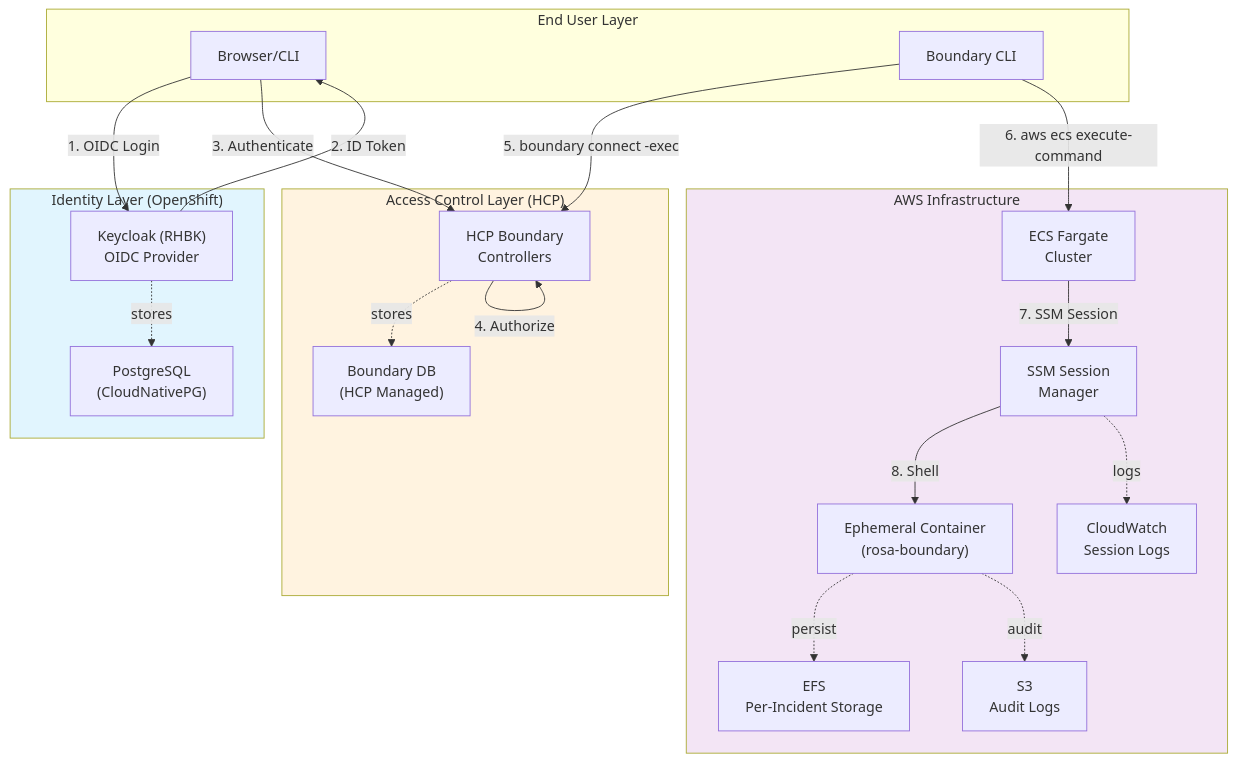
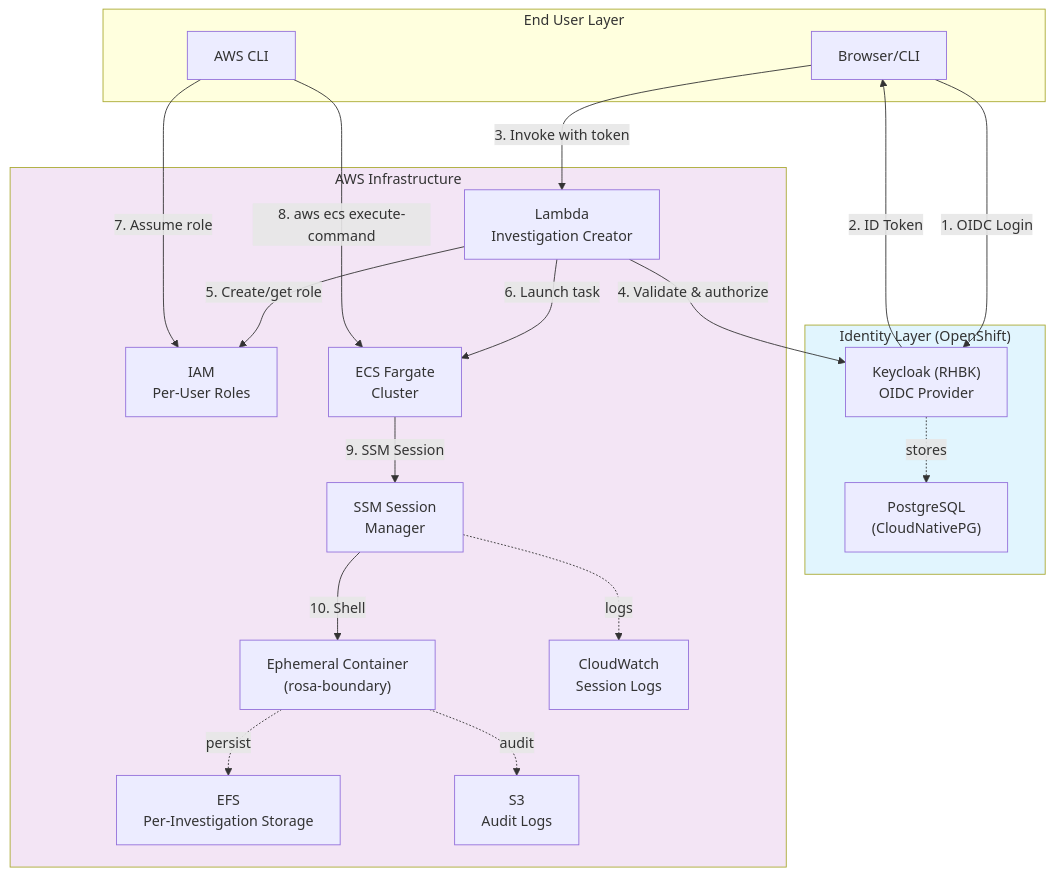
One commit to openshift-online/rosa-boundary changed the first of 6 diagrams in docs/architecture/overview.md. Above: the diagram before and after it, drawn with Mermaid. The commit also changed other lines of this file and 10 other files, not shown here.

First line of the commit message:
Remove HCP Boundary product references

````diff
--- a/docs/architecture/overview.md
+++ b/docs/architecture/overview.md
@@ -9,44 +9,41 @@
 ```mermaid
 flowchart TB
     subgraph User["End User Layer"]
         Browser["Browser/CLI"]
-        BC["Boundary CLI"]
+        AWS_CLI["AWS CLI"]
     end
 
     subgraph Identity["Identity Layer (OpenShift)"]
         KC["Keycloak (RHBK)<br/>OIDC Provider"]
         KCDB["PostgreSQL<br/>(CloudNativePG)"]
     end
 
-    subgraph Access["Access Control Layer (HCP)"]
-        HCP["HCP Boundary<br/>Controllers"]
-        BDB["Boundary DB<br/>(HCP Managed)"]
-    end
-
     subgraph AWS["AWS Infrastructure"]
+        Lambda["Lambda<br/>Investigation Creator"]
+        IAM["IAM<br/>Per-User Roles"]
         ECS["ECS Fargate<br/>Cluster"]
         SSM["SSM Session<br/>Manager"]
         Fargate["Ephemeral Container<br/>(rosa-boundary)"]
-        EFS["EFS<br/>Per-Incident Storage"]
+        EFS["EFS<br/>Per-Investigation Storage"]
         S3["S3<br/>Audit Logs"]
         CW["CloudWatch<br/>Session Logs"]
     end
 
     Browser -->|1. OIDC Login| KC
     KC -.->|stores| KCDB
     KC -->|2. ID Token| Browser
-    Browser -->|3. Authenticate| HCP
-    HCP -.->|stores| BDB
-    HCP -->|4. Authorize| HCP
-    BC -->|5. boundary connect -exec| HCP
-    BC -->|6. aws ecs execute-command| ECS
-    ECS -->|7. SSM Session| SSM
-    SSM -->|8. Shell| Fargate
+    Browser -->|3. Invoke with token| Lambda
+    Lambda -->|4. Validate & authorize| KC
+    Lambda -->|5. Create/get role| IAM
+    Lambda -->|6. Launch task| ECS
+    AWS_CLI -->|7. Assume role| IAM
+    AWS_CLI -->|8. aws ecs execute-command| ECS
+    ECS -->|9. SSM Session| SSM
+    SSM -->|10. Shell| Fargate
     Fargate -.->|persist| EFS
     Fargate -.->|audit| S3
     SSM -.->|logs| CW
 
     style Identity fill:#e1f5fe
-    style Access fill:#fff3e0
     style AWS fill:#f3e5f5
 ```
````
